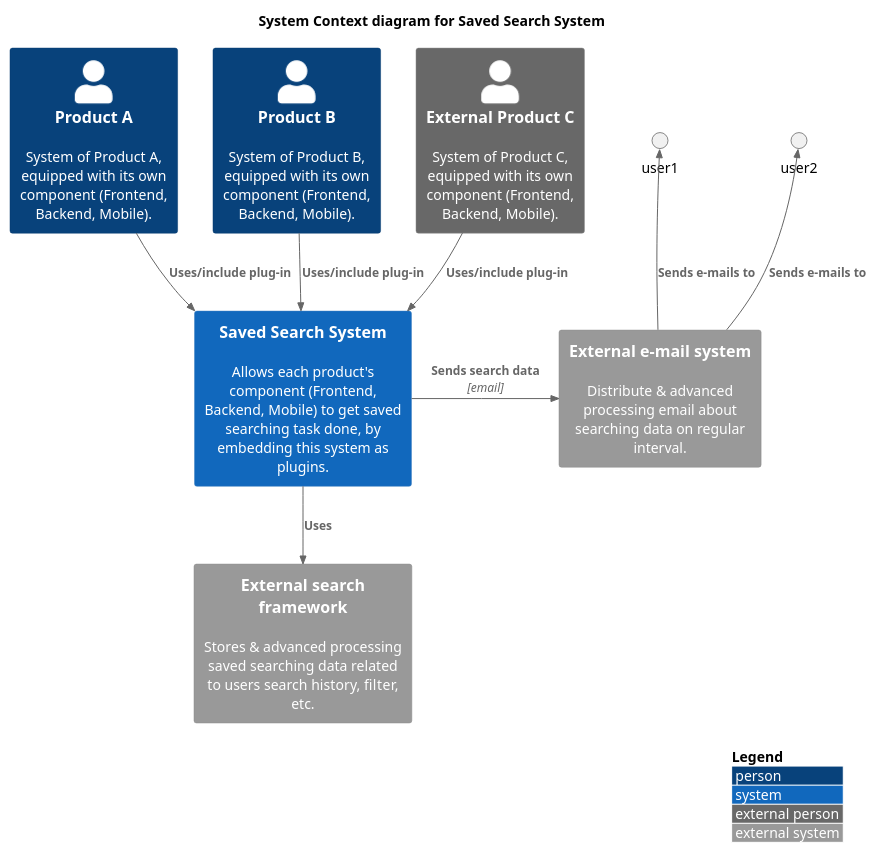
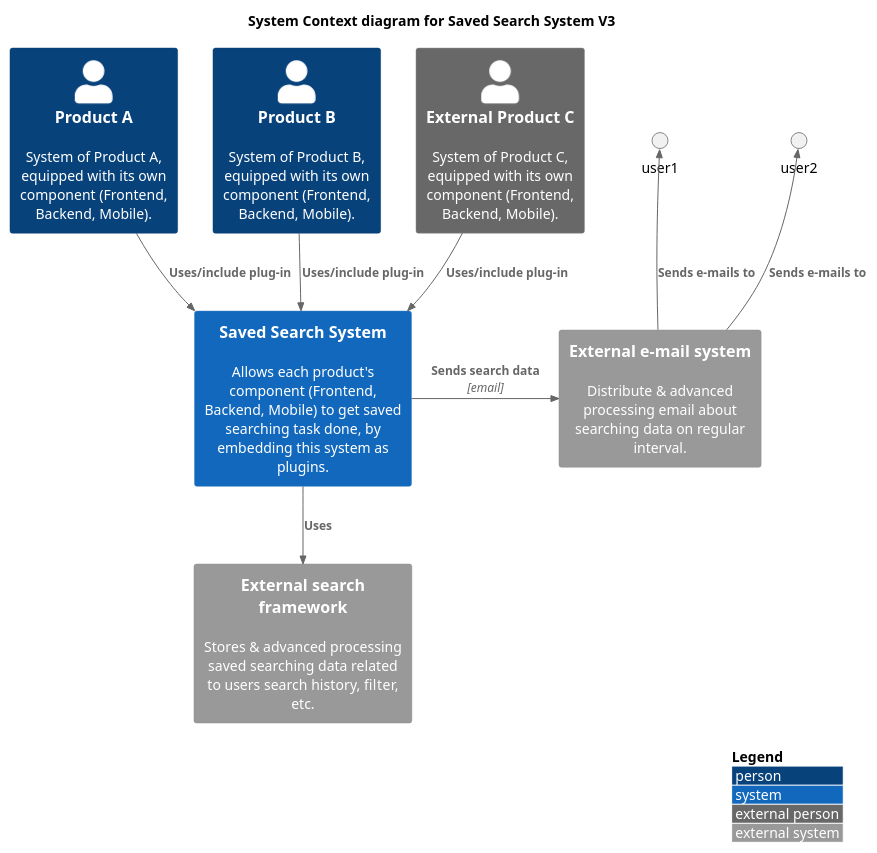
Before and after one commit to djiwandou/scaleup: the diagram in figures/system-contextv3.puml, drawn with PlantUML. The commit also changed 2 other files, not shown here.

Commit message:
Graph: Add version to the context diagram

```diff
--- a/figures/system-contextv3.puml
+++ b/figures/system-contextv3.puml
@@ -1,26 +1,26 @@
 @startuml
 ' !include https://raw.githubusercontent.com/plantuml-stdlib/C4-PlantUML/master/C4_Context.puml
 ' uncomment the following line and comment the first to use locally
 !include C4_Context.puml
 
 LAYOUT_WITH_LEGEND()
 
-title System Context diagram for Saved Search System
+title System Context diagram for Saved Search System V3
 
 Person(product1, "Product A", "System of Product A, equipped with its own component (Frontend, Backend, Mobile).")
 Person(product2, "Product B", "System of Product B, equipped with its own component (Frontend, Backend, Mobile).")
 System(saved_search_system, "Saved Search System", "Allows each product's component (Frontend, Backend, Mobile) to get saved searching task done, by embedding this system as plugins.")
 
 System_Ext(mail_system, "External e-mail system", "Distribute & advanced processing email about searching data on regular interval.")
 System_Ext(framework, "External search framework", "Stores & advanced processing saved searching data related to users search history, filter, etc.")
 
 Person_Ext(product3, "External Product C", "System of Product C, equipped with its own component (Frontend, Backend, Mobile).")
 
 Rel(product1, saved_search_system, "Uses/include plug-in")
 Rel(product2, saved_search_system, "Uses/include plug-in")
 Rel_Back(user1, mail_system, "Sends e-mails to")
 Rel_Back(user2, mail_system, "Sends e-mails to")
 Rel_Neighbor(saved_search_system, mail_system, "Sends search data", "email")
 Rel(saved_search_system, framework, "Uses")
 Rel(product3, saved_search_system, "Uses/include plug-in")
 @enduml
```
